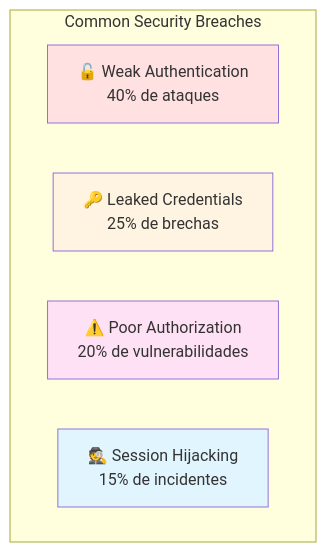
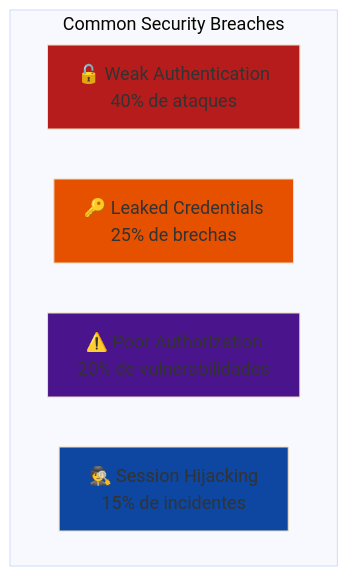
The second of 9 diagrams in courses/🟡-development/FPUNA-2026/01-DESARROLLO-SOFTWARE/especializaciones/web-development/03-autenticacion-autorizacion.md (Ai-Whisperers/Courses-Content), drawn with Mermaid before and after one commit. The commit also changed other lines of this file and 47 other files, not shown here.

First line of the commit message:
fix: Make all 473 diagrams WCAG AAA accessible (FPUNA-2026)

````diff
--- a/courses/🟡-development/FPUNA-2026/01-DESARROLLO-SOFTWARE/especializaciones/web-development/03-autenticacion-autorizacion.md
+++ b/courses/🟡-development/FPUNA-2026/01-DESARROLLO-SOFTWARE/especializaciones/web-development/03-autenticacion-autorizacion.md
@@ -221,14 +222,15 @@
 ```mermaid
+%%{init: {'theme':'base', 'themeVariables': {'fontSize':'18px'}}}%%
 graph TD
     subgraph "Common Security Breaches"
         A[🔓 Weak Authentication<br/>40% de ataques]
         B[🔑 Leaked Credentials<br/>25% de brechas]
         C[⚠️ Poor Authorization<br/>20% de vulnerabilidades]
         D[🕵️ Session Hijacking<br/>15% de incidentes]
     end
     
-    style A fill:#FFE1E1
-    style B fill:#FFF4E1
-    style C fill:#FFE1F5
-    style D fill:#E1F5FF
+    style A fill:#b71c1c
+    style B fill:#e65100
+    style C fill:#4a148c
+    style D fill:#0d47a1
 ```
````
